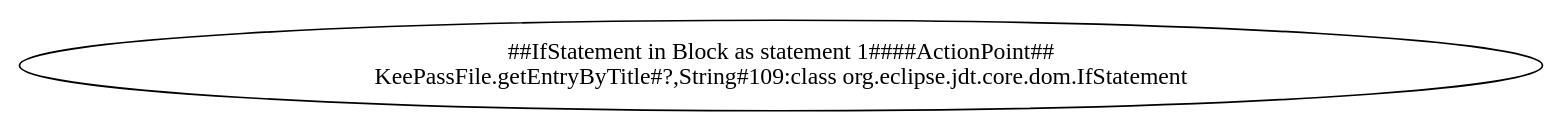
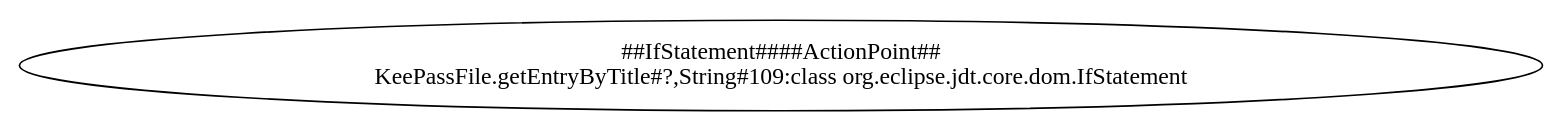
Before and after one commit to ssmingz/FixGen: the diagram in codegraph/out/pattern_EmptyCheck3.dot, drawn with Graphviz. The commit also changed 19 other files, not shown here.

```diff
--- a/codegraph/out/pattern_EmptyCheck3.dot
+++ b/codegraph/out/pattern_EmptyCheck3.dot
@@ -1,3 +1,3 @@
 digraph "Pattern" {
-0 [label="##IfStatement in Block as statement 1####ActionPoint##\nKeePassFile.getEntryByTitle#?,String#109:class org.eclipse.jdt.core.dom.IfStatement" shape=ellipse]
+0 [label="##IfStatement####ActionPoint##\nKeePassFile.getEntryByTitle#?,String#109:class org.eclipse.jdt.core.dom.IfStatement" shape=ellipse]
 }
```
